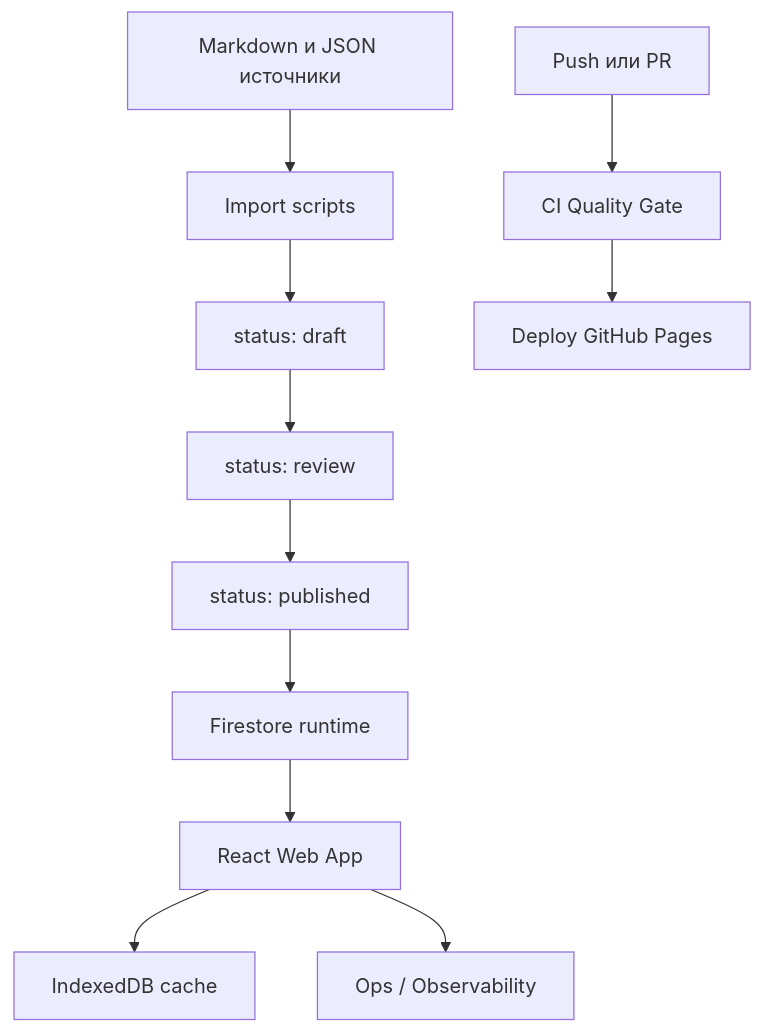
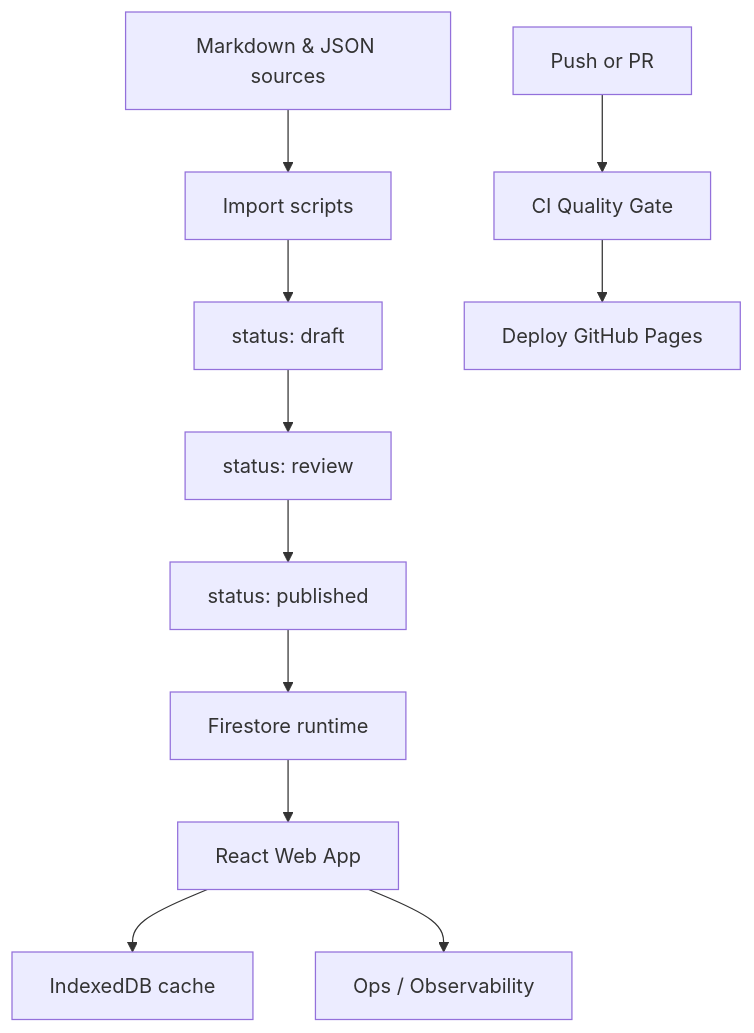
The diagram in README.md (Kaliguri/E-Magios-Core-Site), drawn with Mermaid before and after one commit. The commit also changed other lines of this file, not shown here.

````diff
--- a/README.md
+++ b/README.md
@@ -94,13 +128,13 @@
 ```mermaid
 flowchart TD
-  ContentSource[Markdown и JSON источники] --> ImportScripts[Import scripts]
+  ContentSource[Markdown & JSON sources] --> ImportScripts[Import scripts]
   ImportScripts --> DraftDocs[status: draft]
   DraftDocs --> ReviewDocs[status: review]
   ReviewDocs --> PublishedDocs[status: published]
   PublishedDocs --> FirestoreRuntime[Firestore runtime]
   FirestoreRuntime --> WebApp[React Web App]
   WebApp --> IndexedDBCache[IndexedDB cache]
   WebApp --> OpsMetrics[Ops / Observability]
-  DevPush[Push или PR] --> CIQualityGate[CI Quality Gate]
+  DevPush[Push or PR] --> CIQualityGate[CI Quality Gate]
   CIQualityGate --> DeployPages[Deploy GitHub Pages]
 ```
````
